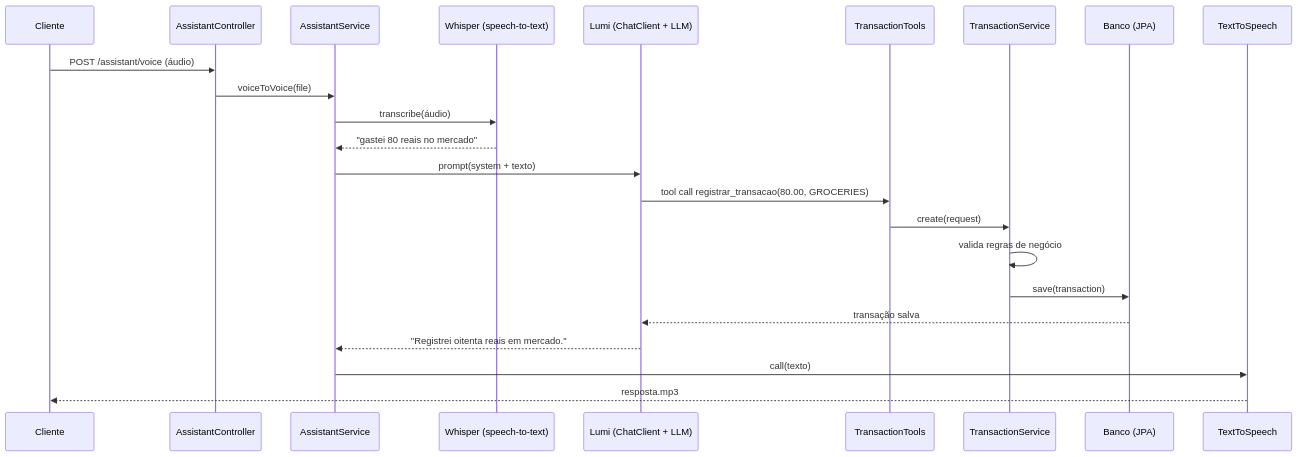
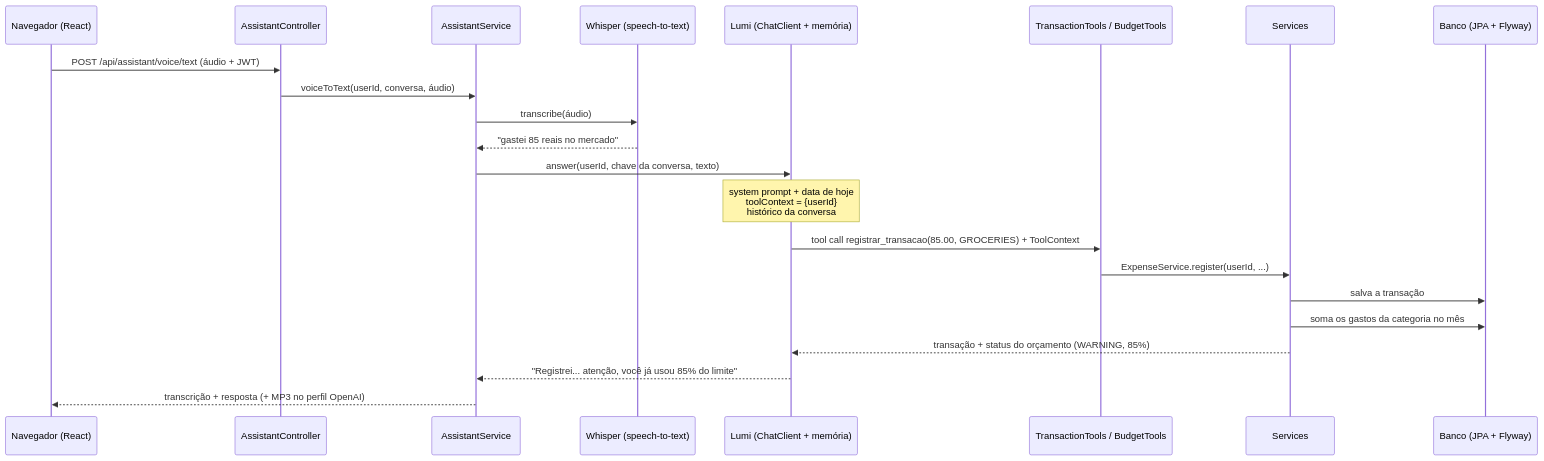
The diagram in README.md (BrunoBergamin/desafio-dio-spring-ai-budgeting), drawn with Mermaid before and after one commit. The commit also changed other lines of this file and 7 other files, not shown here.

````diff
--- a/README.md
+++ b/README.md
@@ -66,26 +123,25 @@
 ```mermaid
 sequenceDiagram
-    participant C as Cliente
+    participant U as Navegador (React)
     participant AC as AssistantController
     participant AS as AssistantService
     participant W as Whisper (speech-to-text)
-    participant LLM as Lumi (ChatClient + LLM)
-    participant T as TransactionTools
-    participant TS as TransactionService
-    participant DB as Banco (JPA)
-    participant TTS as TextToSpeech
+    participant L as Lumi (ChatClient + memória)
+    participant T as TransactionTools / BudgetTools
+    participant S as Services
+    participant DB as Banco (JPA + Flyway)
 
-    C->>AC: POST /assistant/voice (áudio)
-    AC->>AS: voiceToVoice(file)
+    U->>AC: POST /api/assistant/voice/text (áudio + JWT)
+    AC->>AS: voiceToText(userId, conversa, áudio)
     AS->>W: transcribe(áudio)
-    W-->>AS: "gastei 80 reais no mercado"
-    AS->>LLM: prompt(system + texto)
-    LLM->>T: tool call registrar_transacao(80.00, GROCERIES)
-    T->>TS: create(request)
-    TS->>TS: valida regras de negócio
-    TS->>DB: save(transaction)
-    DB-->>LLM: transação salva
-    LLM-->>AS: "Registrei oitenta reais em mercado."
-    AS->>TTS: call(texto)
-    TTS-->>C: resposta.mp3
+    W-->>AS: "gastei 85 reais no mercado"
+    AS->>L: answer(userId, chave da conversa, texto)
+    Note over L: system prompt + data de hoje<br/>toolContext = {userId}<br/>histórico da conversa
+    L->>T: tool call registrar_transacao(85.00, GROCERIES) + ToolContext
+    T->>S: ExpenseService.register(userId, ...)
+    S->>DB: salva a transação
+    S->>DB: soma os gastos da categoria no mês
+    S-->>L: transação + status do orçamento (WARNING, 85%)
+    L-->>AS: "Registrei... atenção, você já usou 85% do limite"
+    AS-->>U: transcrição + resposta (+ MP3 no perfil OpenAI)
 ```
````
